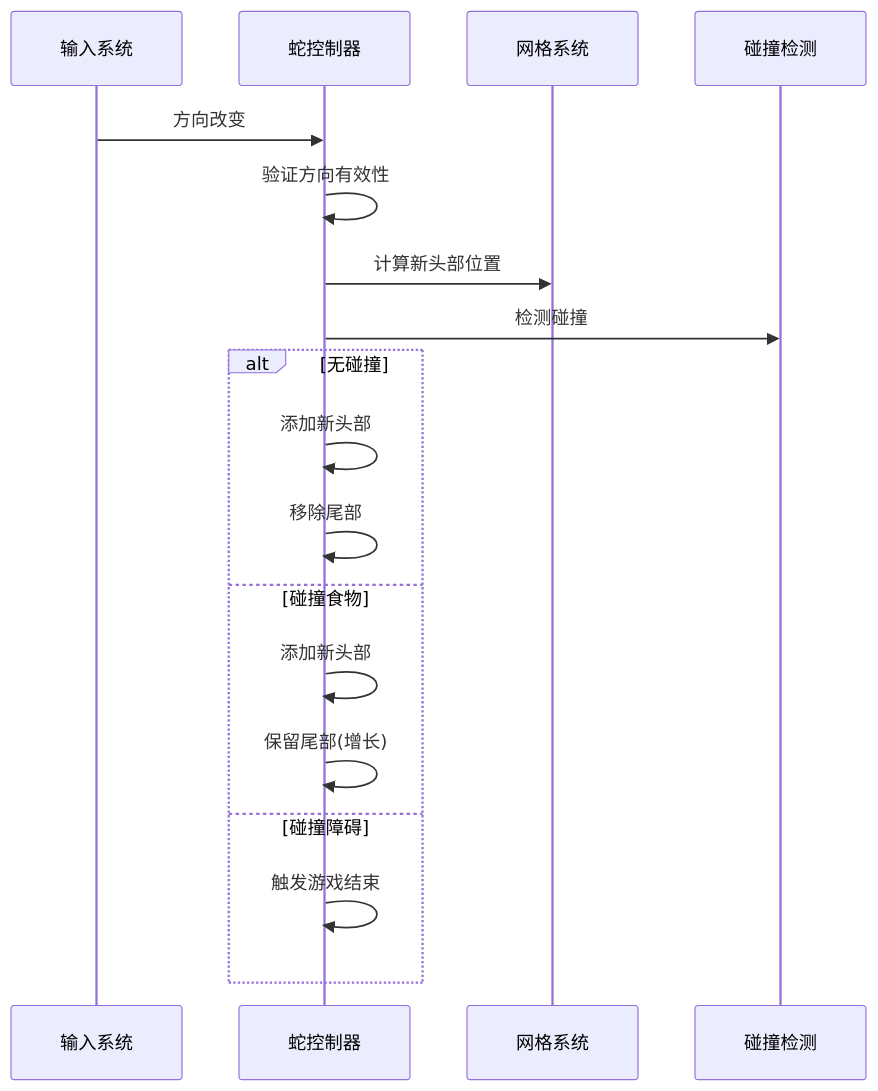
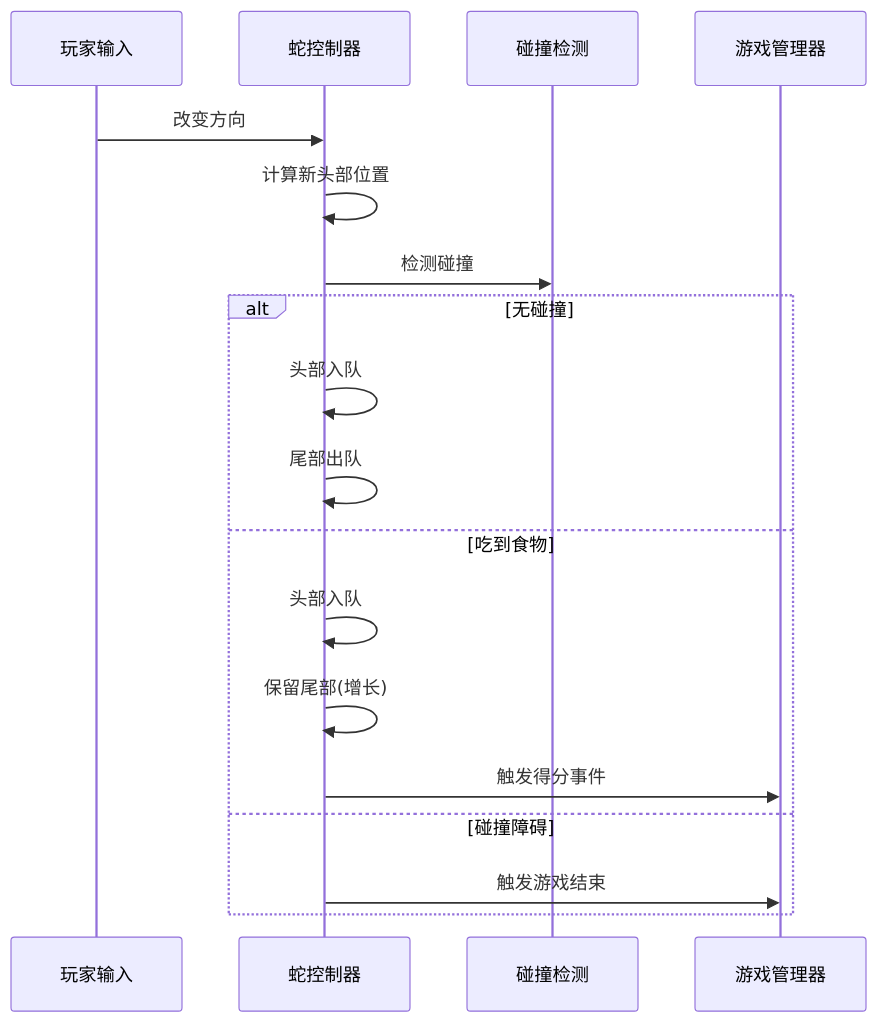
The fifth of 9 diagrams in 课时2-核心游戏逻辑实现/README.md (youjing-mz/snake), drawn with Mermaid before and after one commit. The commit also changed other lines of this file and 8 other files, not shown here.

````diff
--- a/课时2-核心游戏逻辑实现/README.md
+++ b/课时2-核心游戏逻辑实现/README.md
@@ -90,22 +107,22 @@
 ```mermaid
 sequenceDiagram
-    participant Input as 输入系统
+    participant Player as 玩家输入
     participant Snake as 蛇控制器
-    participant Grid as 网格系统
     participant Collision as 碰撞检测
+    participant Game as 游戏管理器
     
-    Input->>Snake: 方向改变
-    Snake->>Snake: 验证方向有效性
-    Snake->>Grid: 计算新头部位置
+    Player->>Snake: 改变方向
+    Snake->>Snake: 计算新头部位置
     Snake->>Collision: 检测碰撞
     
     alt 无碰撞
-        Snake->>Snake: 添加新头部
-        Snake->>Snake: 移除尾部
-    else 碰撞食物
-        Snake->>Snake: 添加新头部
+        Snake->>Snake: 头部入队
+        Snake->>Snake: 尾部出队
+    else 吃到食物
+        Snake->>Snake: 头部入队
         Snake->>Snake: 保留尾部(增长)
+        Snake->>Game: 触发得分事件
     else 碰撞障碍
-        Snake->>Snake: 触发游戏结束
+        Snake->>Game: 触发游戏结束
     end
 ```
````
